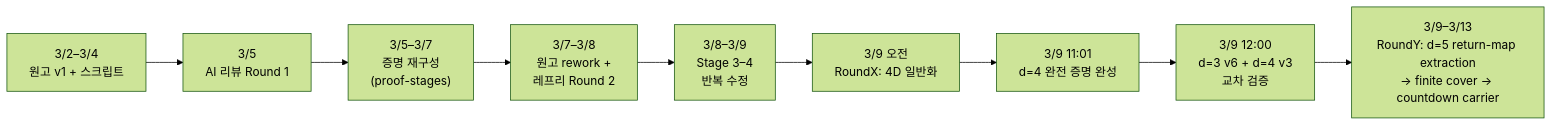
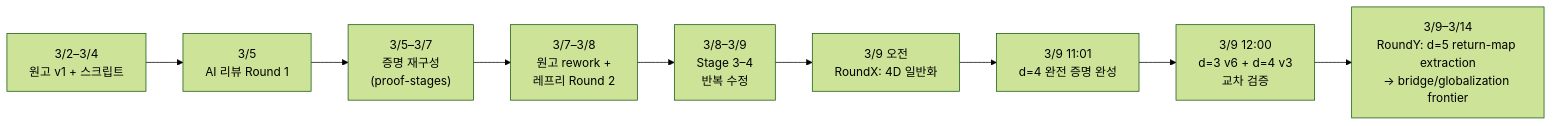
The diagram in RESEARCH_PROGRESSION.md (aria1th/Torus-Hamilton-Decomposition), drawn with Mermaid (forest theme) before and after one commit. The commit also changed other lines of this file and 1 other file, not shown here.

````diff
--- a/RESEARCH_PROGRESSION.md
+++ b/RESEARCH_PROGRESSION.md
@@ -12,11 +12,11 @@
 ```mermaid
 flowchart LR
     A["3/2–3/4<br>원고 v1 + 스크립트"] --> B["3/5<br>AI 리뷰 Round 1"]
     B --> C["3/5–3/7<br>증명 재구성<br>(proof-stages)"]
     C --> D["3/7–3/8<br>원고 rework + <br>레프리 Round 2"]
     D --> E["3/8–3/9<br>Stage 3–4<br>반복 수정"]
     E --> F["3/9 오전<br>RoundX: 4D 일반화"]
     F --> G["3/9 11:01<br>d=4 완전 증명 완성"]
     G --> H["3/9 12:00<br>d=3 v6 + d=4 v3<br>교차 검증"]
-    H --> I["3/9–3/13<br>RoundY: d=5 return-map extraction<br>→ finite cover → countdown carrier"]
+    H --> I["3/9–3/14<br>RoundY: d=5 return-map extraction<br>→ bridge/globalization frontier"]
 ```
````
